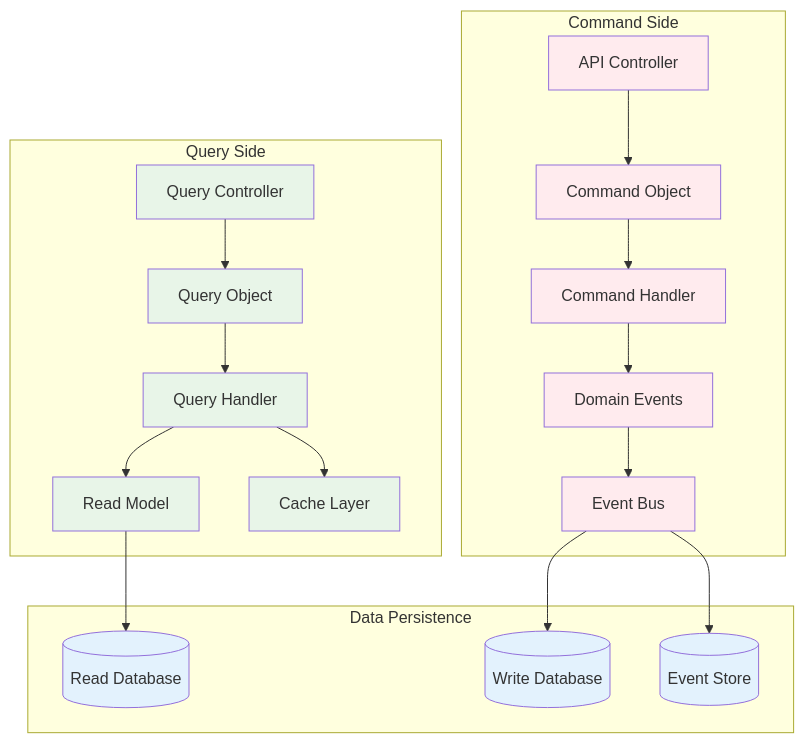
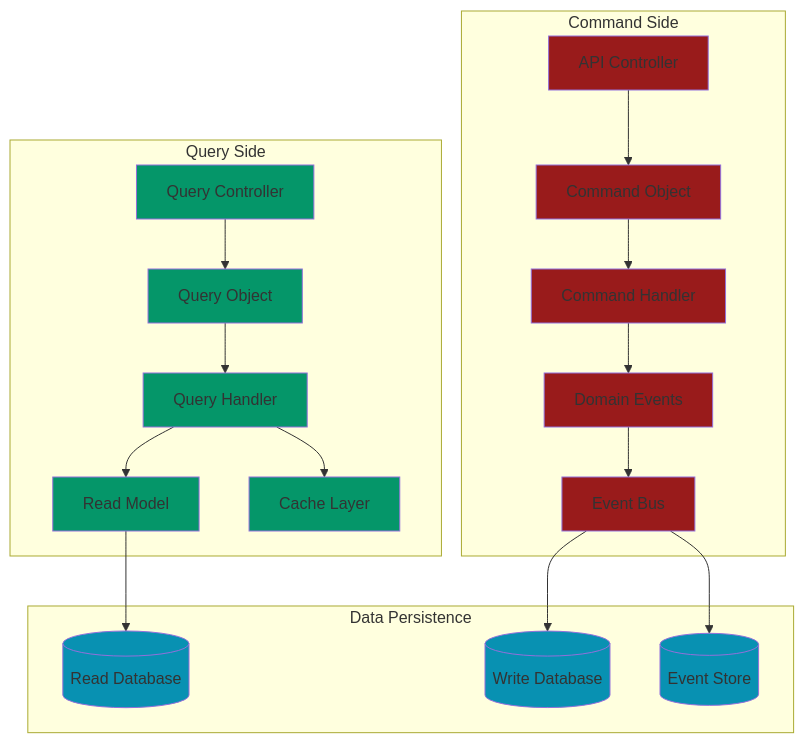
One commit to nithinmohantk/dotnet-multi-tenant-saas-boilerplate-with-advanced-features changed the fifth of 11 diagrams in README.md. Above: the diagram before and after it, drawn with Mermaid. The commit also changed other lines of this file, not shown here.

````diff
--- a/README.md
+++ b/README.md
@@ -369,51 +376,51 @@
 ```mermaid
 graph TB
     subgraph "Command Side"
         Controller[API Controller]
         Command[Command Object]
         CommandHandler[Command Handler]
         DomainEvents[Domain Events]
         EventBus[Event Bus]
     end
     
     subgraph "Query Side"
         QueryController[Query Controller]
         Query[Query Object]
         QueryHandler[Query Handler]
         ReadModel[Read Model]
         Cache[Cache Layer]
     end
     
     subgraph "Data Persistence"
         WriteDB[(Write Database)]
         ReadDB[(Read Database)]
         EventStore[(Event Store)]
     end
     
     Controller --> Command
     Command --> CommandHandler
     CommandHandler --> DomainEvents
     DomainEvents --> EventBus
     EventBus --> WriteDB
     EventBus --> EventStore
     
     QueryController --> Query
     Query --> QueryHandler
     QueryHandler --> ReadModel
     QueryHandler --> Cache
     ReadModel --> ReadDB
     
-    style Controller fill:#ffebee
-    style Command fill:#ffebee
-    style CommandHandler fill:#ffebee
-    style DomainEvents fill:#ffebee
-    style EventBus fill:#ffebee
-    style QueryController fill:#e8f5e8
-    style Query fill:#e8f5e8
-    style QueryHandler fill:#e8f5e8
-    style ReadModel fill:#e8f5e8
-    style Cache fill:#e8f5e8
-    style WriteDB fill:#e3f2fd
-    style ReadDB fill:#e3f2fd
-    style EventStore fill:#e3f2fd
+    style Controller fill:#991b1b
+    style Command fill:#991b1b
+    style CommandHandler fill:#991b1b
+    style DomainEvents fill:#991b1b
+    style EventBus fill:#991b1b
+    style QueryController fill:#059669
+    style Query fill:#059669
+    style QueryHandler fill:#059669
+    style ReadModel fill:#059669
+    style Cache fill:#059669
+    style WriteDB fill:#0891b2
+    style ReadDB fill:#0891b2
+    style EventStore fill:#0891b2
 ```
````
